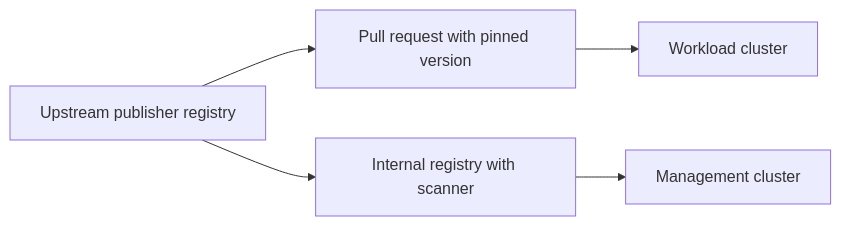
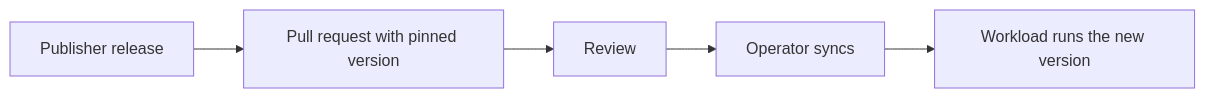
One commit to FP-Validated/fp-validated-docs changed the diagram in website/docs/fp-validated-infra/image-supply-chain.md. Above: the diagram before and after it, drawn with Mermaid. The commit also changed other lines of this file and 20 other files, not shown here.

````diff
--- a/website/docs/fp-validated-infra/image-supply-chain.md
+++ b/website/docs/fp-validated-infra/image-supply-chain.md
@@ -13,13 +11,13 @@
 ```mermaid
 flowchart LR
-  upstream[Upstream publisher registry]
+  release[Publisher release]
   pr[Pull request with pinned version]
-  mirror[Internal registry with scanner]
-  mgmt[Management cluster]
-  work[Workload cluster]
+  review[Review]
+  sync[Operator syncs]
+  run[Workload runs the new version]
 
-  upstream --> pr
-  pr --> work
-  upstream --> mirror
-  mirror --> mgmt
+  release --> pr
+  pr --> review
+  review --> sync
+  sync --> run
 ```
````
